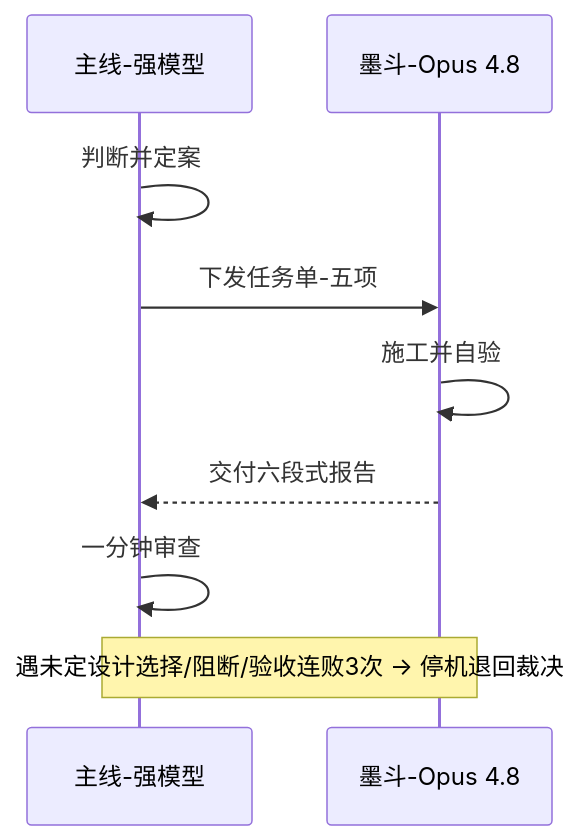
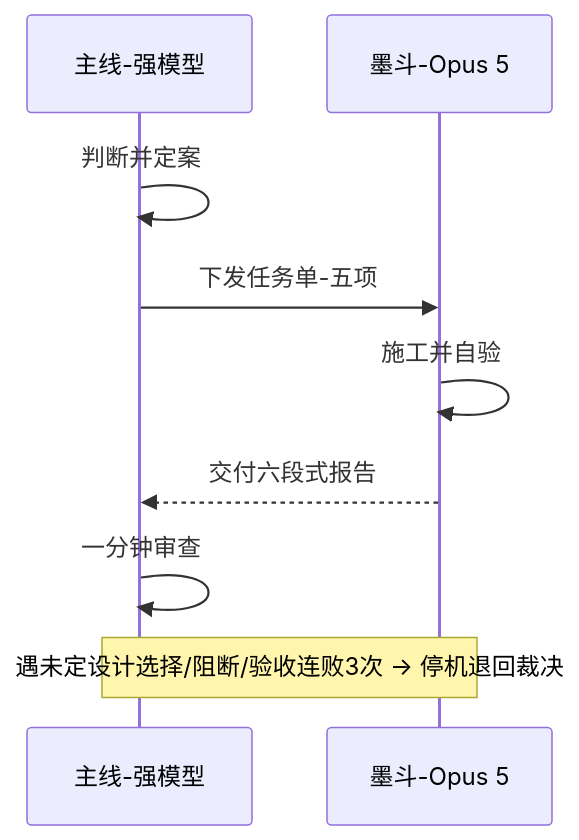
The first of 3 diagrams in README.md (qq77666766-byte/modou), drawn with Mermaid before and after one commit. The commit also changed other lines of this file and 2 other files, not shown here.

First line of the commit message:
Add local admin console; update default executor model to Opus 5

````diff
--- a/README.md
+++ b/README.md
@@ -19,11 +19,11 @@
 ```mermaid
 sequenceDiagram
     participant M as 主线-强模型
-    participant D as 墨斗-Opus 4.8
+    participant D as 墨斗-Opus 5
     M->>M: 判断并定案
     M->>D: 下发任务单-五项
     D->>D: 施工并自验
     D-->>M: 交付六段式报告
     M->>M: 一分钟审查
     Note over D,M: 遇未定设计选择/阻断/验收连败3次 → 停机退回裁决
 ```
````
